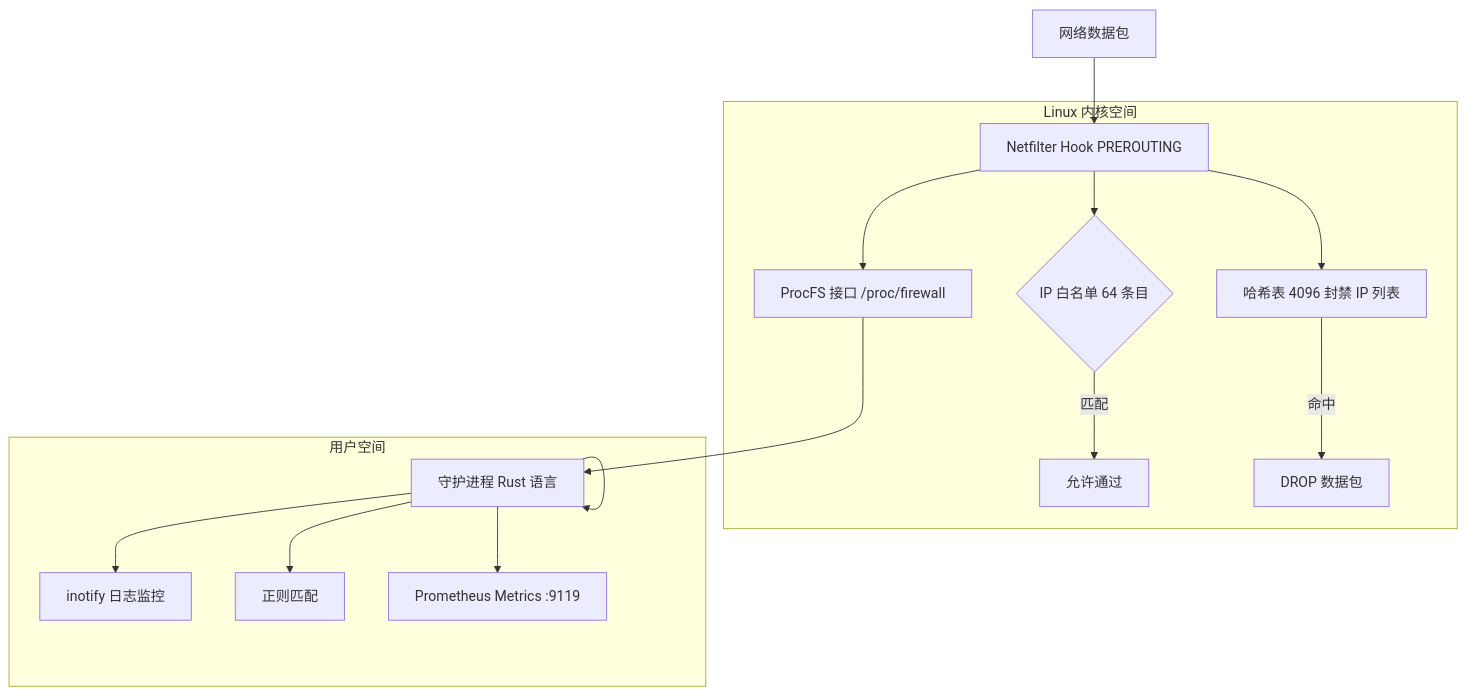
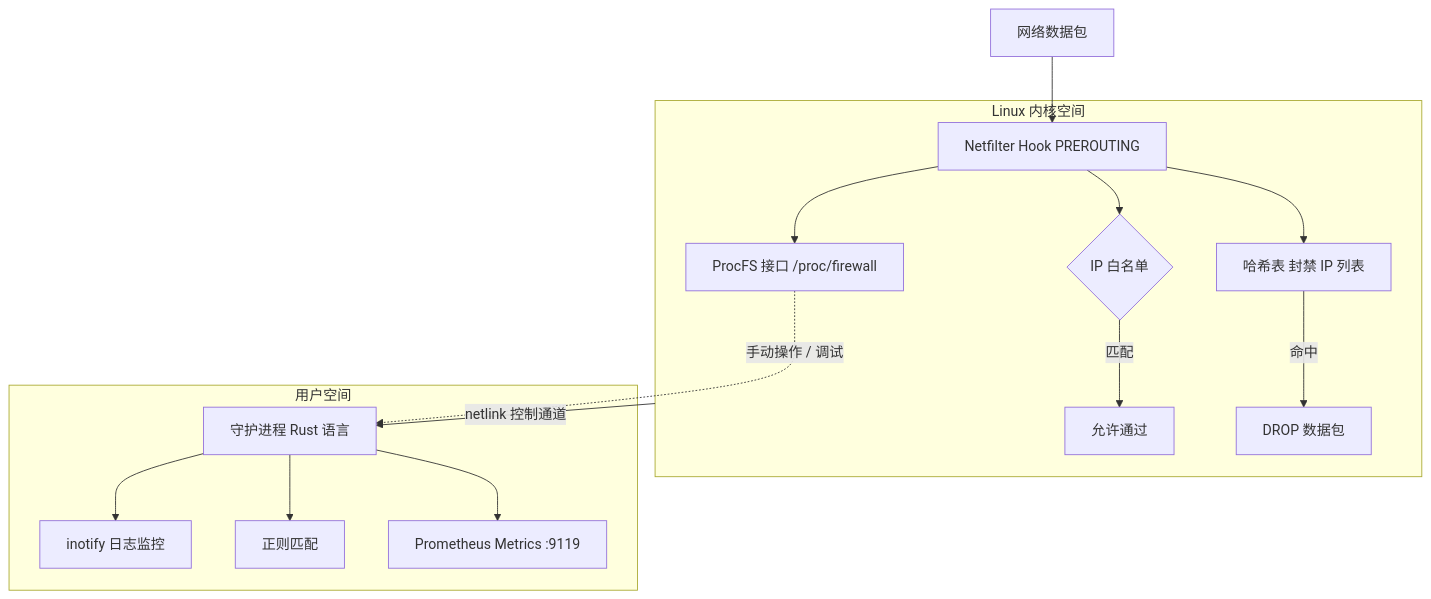
One commit to SnowCore8/linux-firewall-kmod changed the diagram in docs/zh/README.md. Above: the diagram before and after it, drawn with Mermaid. The commit also changed other lines of this file and 22 other files, not shown here.

````diff
--- a/docs/zh/README.md
+++ b/docs/zh/README.md
@@ -25,23 +25,23 @@
 ```mermaid
 graph TB
     PKT[网络数据包] --> NF[Netfilter Hook PREROUTING]
 
     subgraph KERNEL[Linux 内核空间]
-        NF --> WL{IP 白名单 64 条目}
-        NF --> HT[哈希表 4096 封禁 IP 列表]
+        NF --> WL{IP 白名单}
+        NF --> HT[哈希表 封禁 IP 列表]
 
         WL -->|匹配| ALLOW[允许通过]
         HT -->|命中| DROP[DROP 数据包]
 
         NF --> PROC[ProcFS 接口 /proc/firewall]
     end
 
-    PROC --> DAEMON[守护进程 Rust 语言]
+    KERNEL -->|netlink 控制通道| DAEMON[守护进程 Rust 语言]
+    PROC -.->|手动操作 / 调试| DAEMON
 
     subgraph USERSPACE[用户空间]
         DAEMON --> INOTIFY[inotify 日志监控]
         DAEMON --> REGEX[正则匹配]
-        DAEMON -->
         DAEMON --> PROM[Prometheus Metrics :9119]
     end
 ```
````
